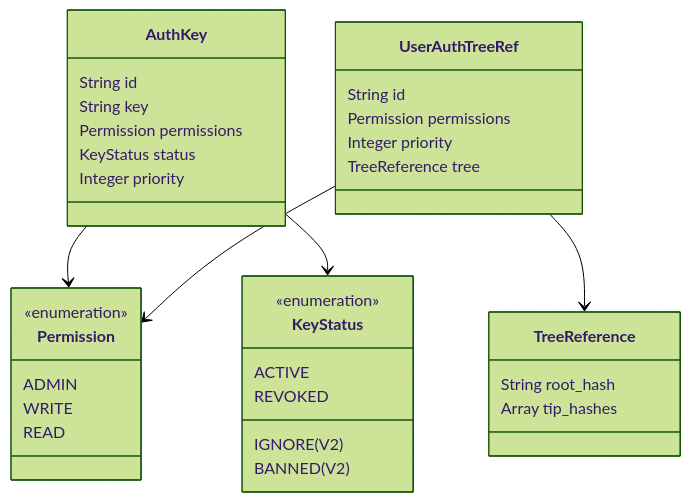
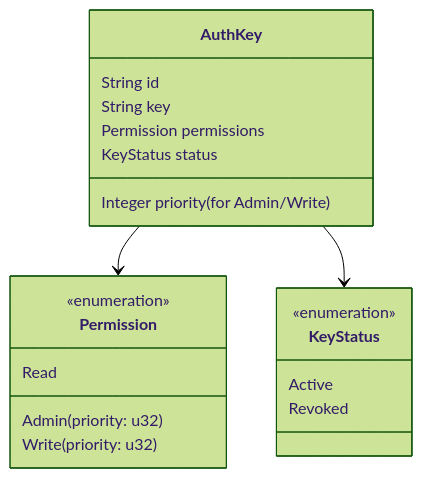
Before and after one commit to arcuru/eidetica: the first of 7 diagrams in docs/src/design/authentication.md, drawn with Mermaid (forest theme). The commit also changed other lines of this file and 7 other files, not shown here.

````diff
--- a/docs/src/design/authentication.md
+++ b/docs/src/design/authentication.md
@@ -112,42 +114,26 @@
 ```mermaid
 classDiagram
     class AuthKey {
         String id
         String key
         Permission permissions
         KeyStatus status
-        Integer priority
-    }
-
-    class UserAuthTreeRef {
-        String id
-        Permission permissions
-        Integer priority
-        TreeReference tree
-    }
-
-    class TreeReference {
-        String root_hash
-        Array tip_hashes
+        Integer priority (for Admin/Write)
     }
 
     class Permission {
         <<enumeration>>
-        ADMIN
-        WRITE
-        READ
+        Admin(priority: u32)
+        Write(priority: u32)
+        Read
     }
 
     class KeyStatus {
         <<enumeration>>
-        ACTIVE
-        REVOKED
-        IGNORE (V2)
-        BANNED (V2)
+        Active
+        Revoked
     }
 
     AuthKey --> Permission
     AuthKey --> KeyStatus
-    UserAuthTreeRef --> Permission
-    UserAuthTreeRef --> TreeReference
 ```
````
